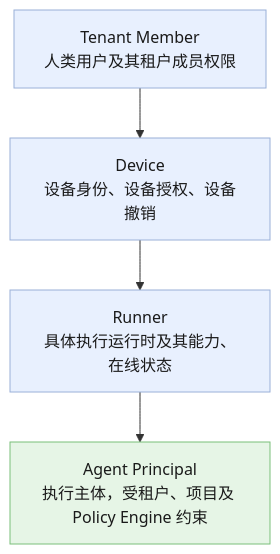
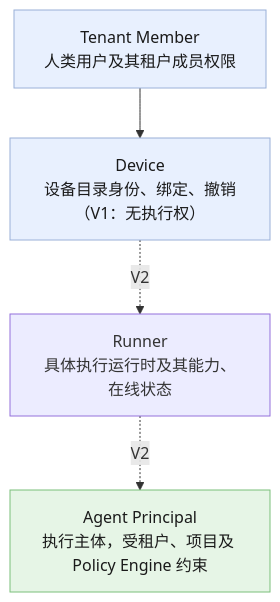
The second of 2 diagrams in docs/ai-pm-codex-bootstrap-v1.md (luqizheng/ai-pm), drawn with Mermaid before and after one commit. The commit also changed other lines of this file, not shown here.

````diff
--- a/docs/ai-pm-codex-bootstrap-v1.md
+++ b/docs/ai-pm-codex-bootstrap-v1.md
@@ -282,11 +298,11 @@
 ```mermaid
 flowchart TD
-    M["Tenant Member<br/>人类用户及其租户成员权限"] --> D["Device<br/>设备身份、设备授权、设备撤销"]
-    D --> R["Runner<br/>具体执行运行时及其能力、在线状态"]
-    R --> P["Agent Principal<br/>执行主体，受租户、项目及 Policy Engine 约束"]
+    M["Tenant Member<br/>人类用户及其租户成员权限"] --> D["Device<br/>设备目录身份、绑定、撤销（V1：无执行权）"]
+    D -.->|"V2"| R["Runner<br/>具体执行运行时及其能力、在线状态"]
+    R -.->|"V2"| P["Agent Principal<br/>执行主体，受租户、项目及 Policy Engine 约束"]
 
     classDef stage fill:#e8f0fe,stroke:#9ab0d8,color:#1a1a1a;
     classDef principal fill:#e6f5e6,stroke:#7bbf7b,color:#1a1a1a;
-    class M,D,R stage;
+    class M,D stage;
     class P principal;
 ```
````
